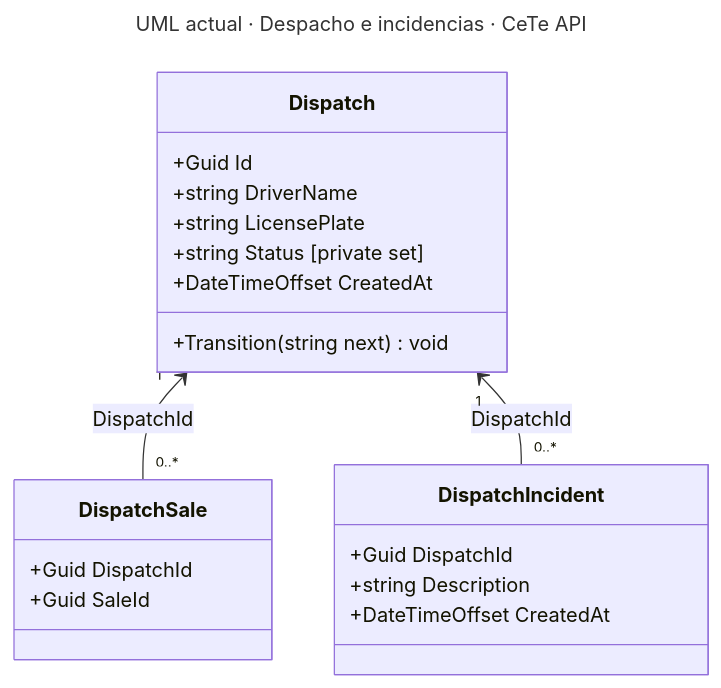
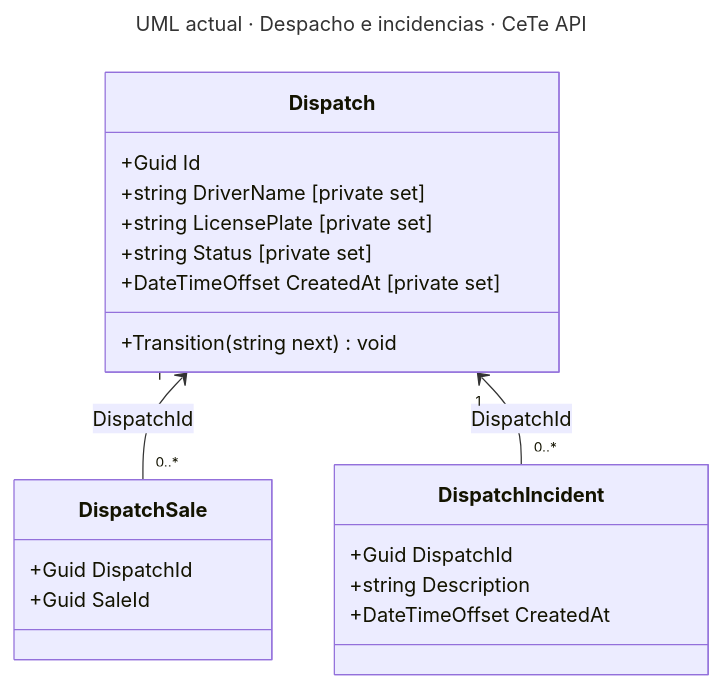
One commit to Nexxus-ops/Report-CeTe changed the diagram in diagrams/classes-logistics.mmd. Above: the diagram before and after it, drawn with Mermaid. The commit also changed 34 other files, not shown here.

Commit message:
docs(architecture): align report with deployed DDD contexts

```diff
--- a/diagrams/classes-logistics.mmd
+++ b/diagrams/classes-logistics.mmd
@@ -1,23 +1,23 @@
 ---
 title: UML actual · Despacho e incidencias · CeTe API
 ---
 classDiagram
   class Dispatch {
     +Guid Id
-    +string DriverName
-    +string LicensePlate
+    +string DriverName [private set]
+    +string LicensePlate [private set]
     +string Status [private set]
-    +DateTimeOffset CreatedAt
+    +DateTimeOffset CreatedAt [private set]
     +Transition(string next) void
   }
   class DispatchSale {
     +Guid DispatchId
     +Guid SaleId
   }
   class DispatchIncident {
     +Guid DispatchId
     +string Description
     +DateTimeOffset CreatedAt
   }
   Dispatch "1" <-- "0..*" DispatchSale : DispatchId
   Dispatch "1" <-- "0..*" DispatchIncident : DispatchId
```
